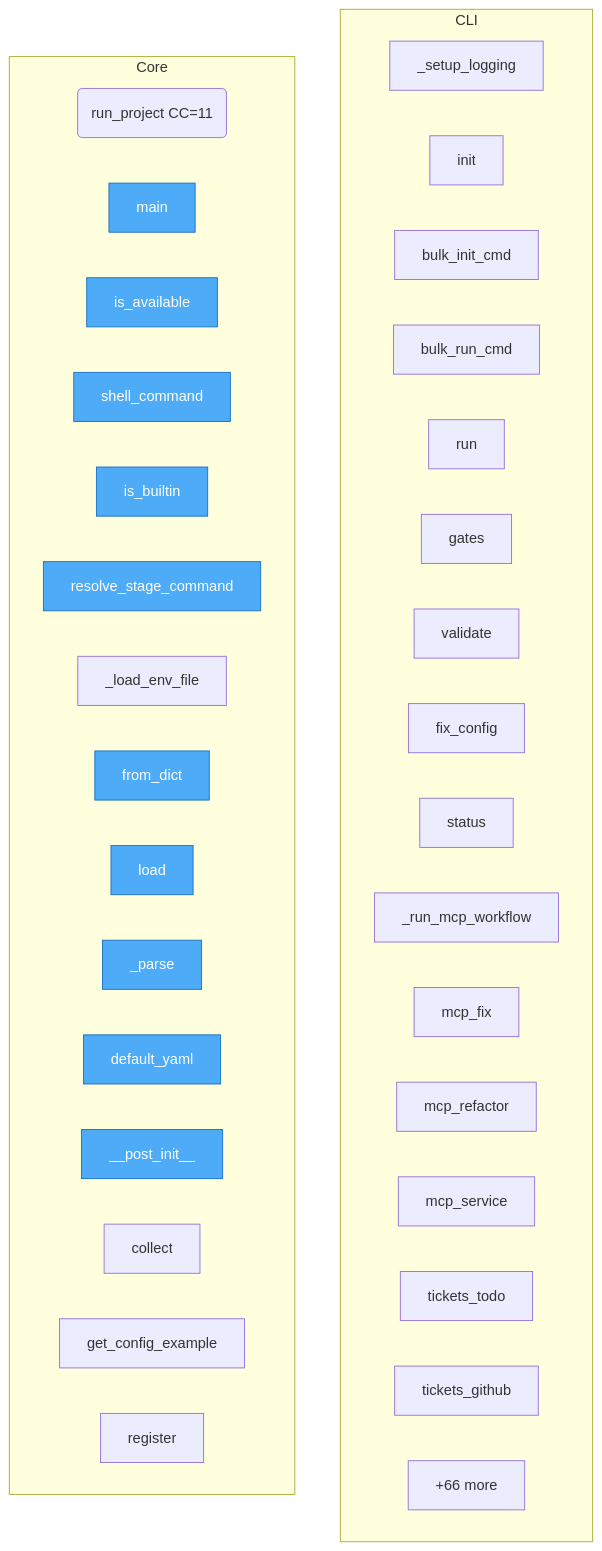
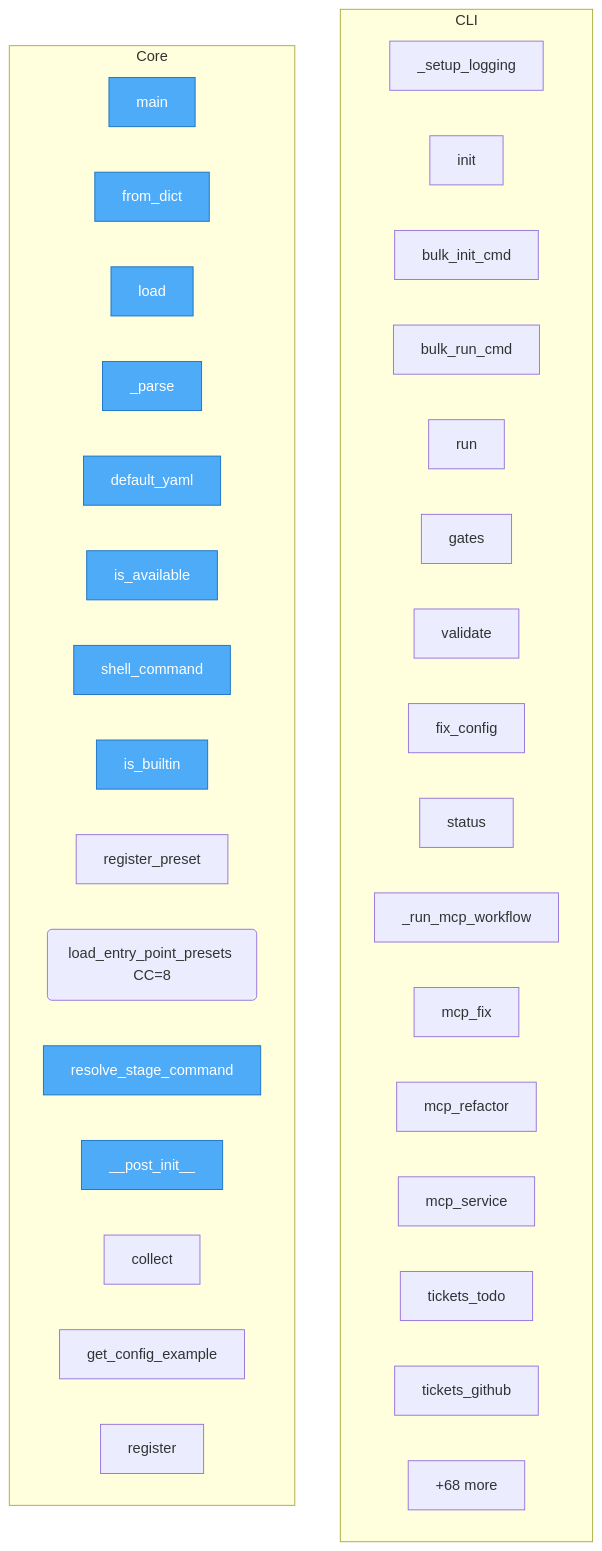
One commit to semcod/pyqual changed the diagram in project/flow.mmd. Above: the diagram before and after it, drawn with Mermaid. The commit also changed 31 other files, not shown here.

```diff
--- a/project/flow.mmd
+++ b/project/flow.mmd
@@ -1,44 +1,44 @@
 flowchart TD
 
     %% Entry points (blue)
     classDef entry fill:#4dabf7,stroke:#1971c2,color:#fff
 
     subgraph CLI
         pyqual__cli___setup_logging["_setup_logging"]
         pyqual__cli__init["init"]
         pyqual__cli__bulk_init_cmd["bulk_init_cmd"]
         pyqual__cli__bulk_run_cmd["bulk_run_cmd"]
         pyqual__cli__run["run"]
         pyqual__cli__gates["gates"]
         pyqual__cli__validate["validate"]
         pyqual__cli__fix_config["fix_config"]
         pyqual__cli__status["status"]
         pyqual__cli___run_mcp_workflow["_run_mcp_workflow"]
         pyqual__cli__mcp_fix["mcp_fix"]
         pyqual__cli__mcp_refactor["mcp_refactor"]
         pyqual__cli__mcp_service["mcp_service"]
         pyqual__cli__tickets_todo["tickets_todo"]
         pyqual__cli__tickets_github["tickets_github"]
         ...["+15 more"]
     end
 
     subgraph Core
-        run_analysis__run_project("run_project CC=11")
         run_analysis__main["main"]
-        pyqual__tools__ToolPreset__is_available["is_available"]
-        pyqual__tools__ToolPreset__shell_command["shell_command"]
-        pyqual__tools__is_builtin["is_builtin"]
-        pyqual__tools__resolve_stage_command["resolve_stage_command"]
-        pyqual__config___load_env_file["_load_env_file"]
         pyqual__config__GateConfig__from_dict["from_dict"]
         pyqual__config__PyqualConfig__load["load"]
         pyqual__config__PyqualConfig___parse["_parse"]
         pyqual__config__PyqualConfig__default_yaml["default_yaml"]
+        pyqual__tools__ToolPreset__is_available["is_available"]
+        pyqual__tools__ToolPreset__shell_command["shell_command"]
+        pyqual__tools__is_builtin["is_builtin"]
+        pyqual__tools__register_preset["register_preset"]
+        pyqual__tools__load_entry_point_presets("load_entry_point_presets CC=8")
+        pyqual__tools__resolve_stage_command["resolve_stage_command"]
         pyqual__plugins__PluginMetadata____post_init__["__post_init__"]
         pyqual__plugins__MetricCollector__collect["collect"]
         pyqual__plugins__MetricCollector__get_config_example["get_config_example"]
         pyqual__plugins__PluginRegistry__register["register"]
-        ...["+66 more"]
+        ...["+68 more"]
     end
 
-    class run_analysis__main,pyqual__tools__ToolPreset__is_available,pyqual__tools__ToolPreset__shell_command,pyqual__tools__is_builtin,pyqual__tools__resolve_stage_command,pyqual__config__GateConfig__from_dict,pyqual__config__PyqualConfig__load,pyqual__config__PyqualConfig___parse,pyqual__config__PyqualConfig__default_yaml,pyqual__plugins__PluginMetadata____post_init__ entry
+    class run_analysis__main,pyqual__config__GateConfig__from_dict,pyqual__config__PyqualConfig__load,pyqual__config__PyqualConfig___parse,pyqual__config__PyqualConfig__default_yaml,pyqual__tools__ToolPreset__is_available,pyqual__tools__ToolPreset__shell_command,pyqual__tools__is_builtin,pyqual__tools__resolve_stage_command,pyqual__plugins__PluginMetadata____post_init__ entry
```
